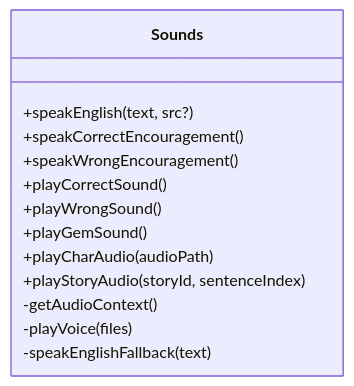
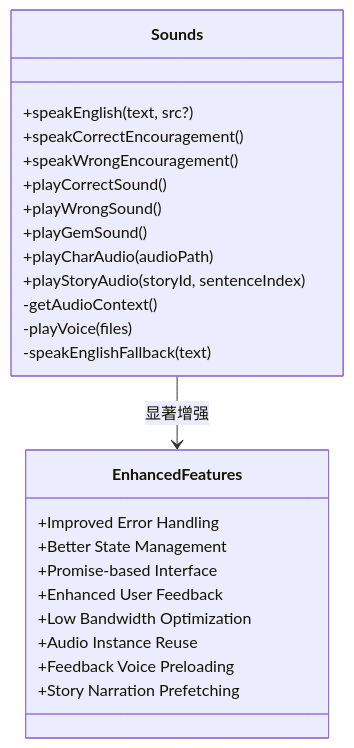
The eighth of 10 diagrams in .qoder/repowiki/zh/content/构建与部署/音频生成指南.md (wudeng2005/rainbow-learning), drawn with Mermaid before and after one commit. The commit also changed other lines of this file and 157 other files, not shown here.

````diff
--- a/.qoder/repowiki/zh/content/构建与部署/音频生成指南.md
+++ b/.qoder/repowiki/zh/content/构建与部署/音频生成指南.md
@@ -377,16 +402,27 @@
 ```mermaid
 classDiagram
 class Sounds {
 +speakEnglish(text, src?)
 +speakCorrectEncouragement()
 +speakWrongEncouragement()
 +playCorrectSound()
 +playWrongSound()
 +playGemSound()
 +playCharAudio(audioPath)
 +playStoryAudio(storyId, sentenceIndex)
 -getAudioContext()
 -playVoice(files)
 -speakEnglishFallback(text)
 }
+class EnhancedFeatures {
++Improved Error Handling
++Better State Management
++Promise-based Interface
++Enhanced User Feedback
++Low Bandwidth Optimization
++Audio Instance Reuse
++Feedback Voice Preloading
++Story Narration Prefetching
+}
+Sounds --> EnhancedFeatures : 显著增强
 ```
````
